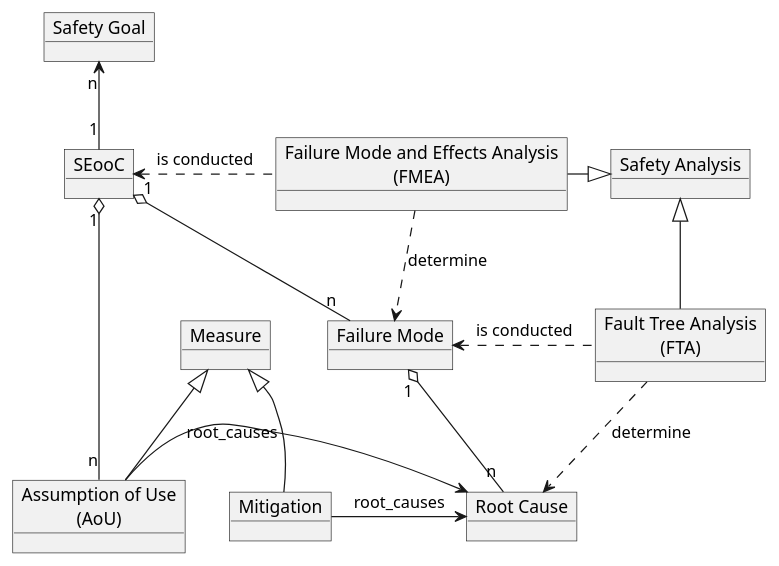
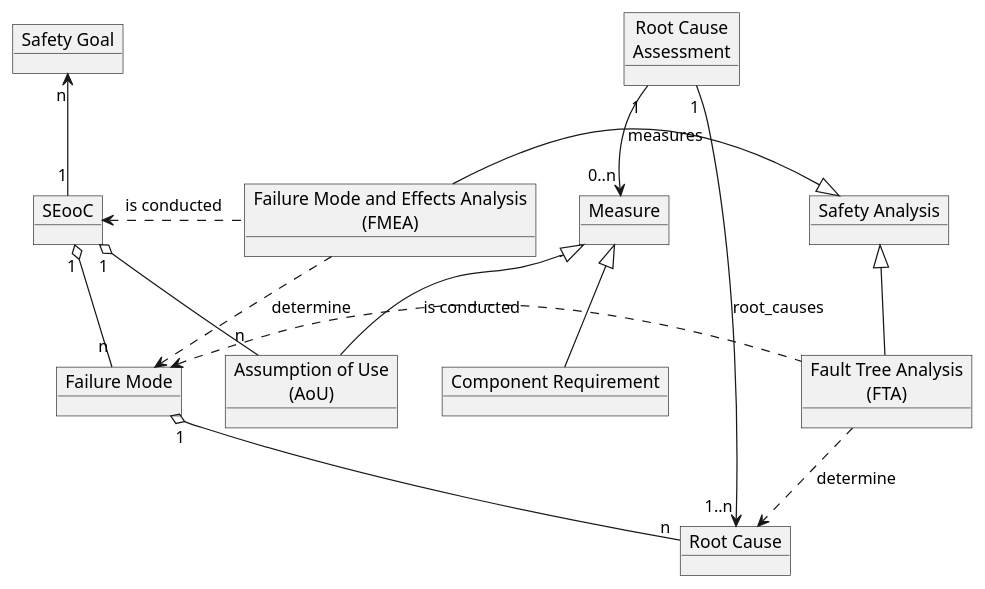
One commit to eclipse-score/tooling changed the diagram in bazel/rules/rules_score/examples/seooc/safety_analysis/assets/safety_analysis.puml. Above: the diagram before and after it, drawn with PlantUML. The commit also changed 61 other files, not shown here.

Commit message:
[safety analysis] add root cause assessment

```diff
--- a/bazel/rules/rules_score/examples/seooc/safety_analysis/assets/safety_analysis.puml
+++ b/bazel/rules/rules_score/examples/seooc/safety_analysis/assets/safety_analysis.puml
@@ -14,34 +14,35 @@
 @startuml
 
 object "SEooC" as SEooC
 object "Safety Analysis" as SafetyAnalysis
 object "Failure Mode and Effects Analysis\n(FMEA)" as FMEA
 object "Fault Tree Analysis\n(FTA)" as FTA
 object "Failure Mode" as FailureMode
 object "Root Cause" as RootCause
 object "Safety Goal" as SafetyGoal
 object "Measure" as Measure
-object "Mitigation" as Mitigation
+object "Component Requirement" as CompReq
 object "Assumption of Use\n(AoU)" as AoU
+object "Root Cause\nAssessment" as Assessment
 
 SafetyAnalysis <|-l- FMEA
 SafetyAnalysis <|-- FTA
 
 SEooC "1" -u-> "n" SafetyGoal
 SEooC <.r. FMEA : is conducted
 FailureMode <.r. FTA : is conducted
 FailureMode "1" o-- "n" RootCause
 
 SEooC "1" o-- "n" FailureMode
 SEooC "1" o-- "n" AoU
 FMEA ..> FailureMode : determine
 FTA ..> RootCause : determine
 
-Measure <|-- Mitigation
+Measure <|-- CompReq
 Measure <|-- AoU
-RootCause <-l- Mitigation : root_causes
-RootCause <-l- AoU : root_causes
+Assessment "1" --> "1..n" RootCause : root_causes
+Assessment "1" --> "0..n" Measure : measures
 
 
 
 @enduml
```
